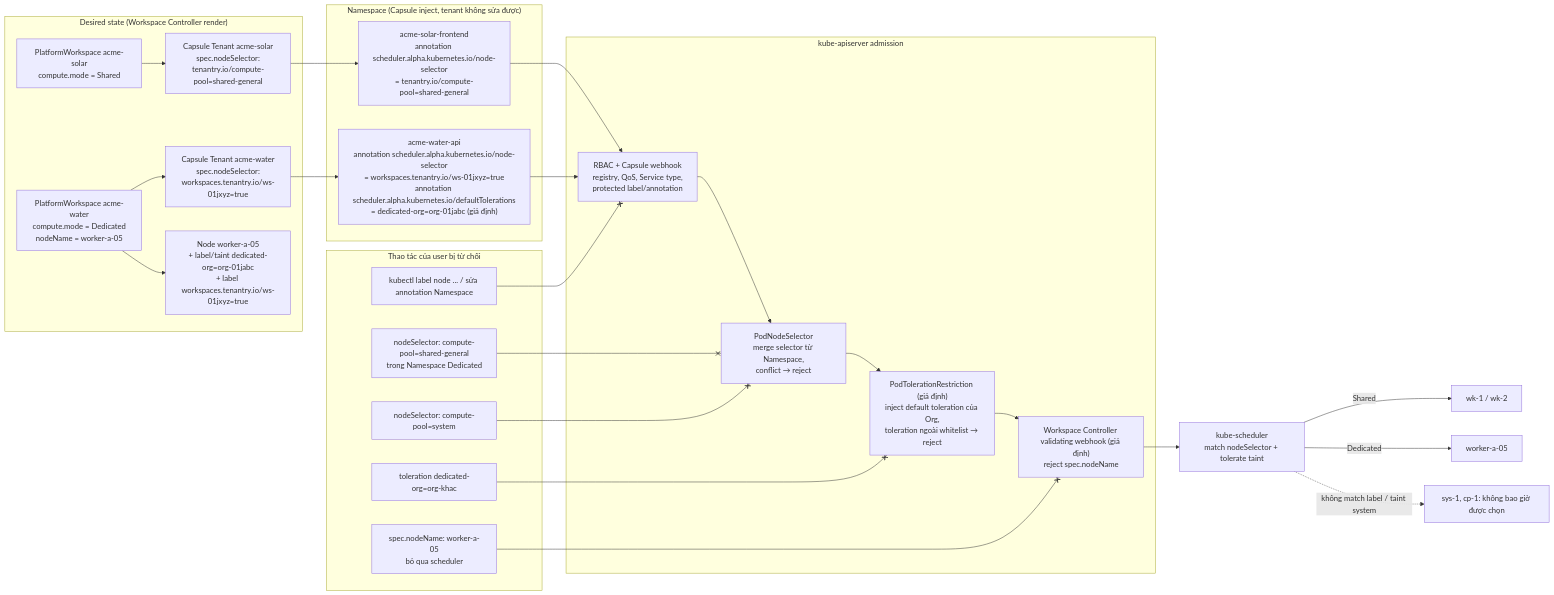
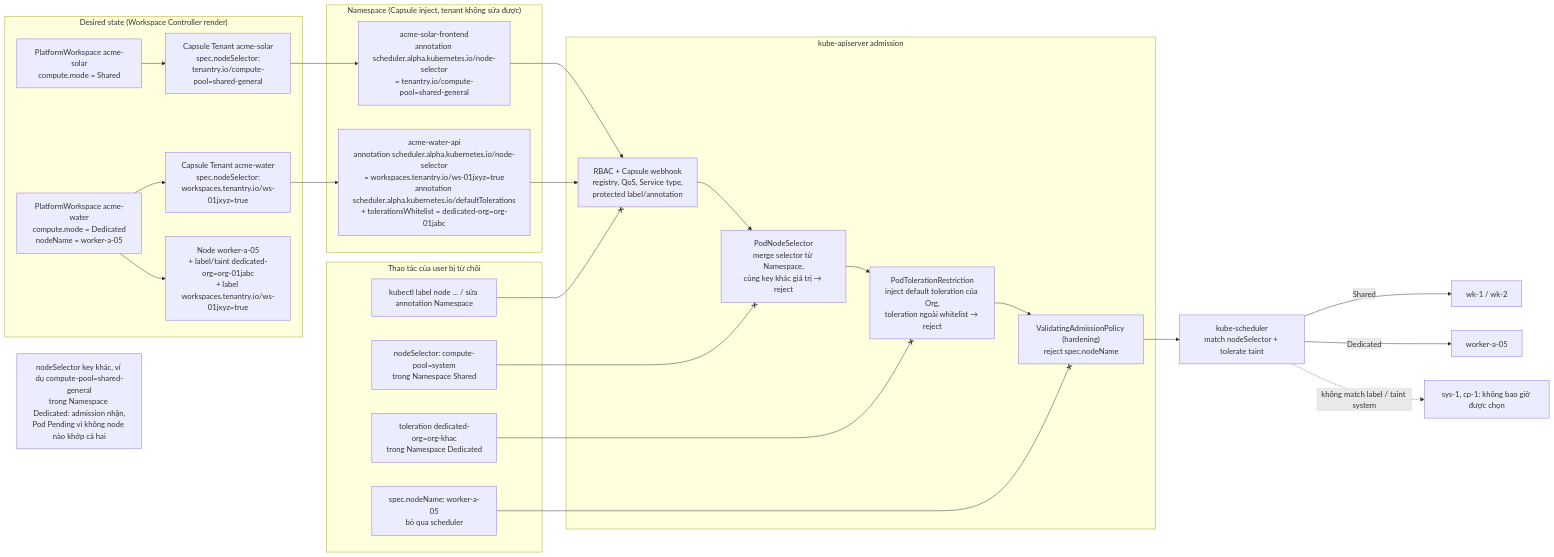
One commit to thaihoc1310/tenantry changed the second of 9 diagrams in docs/architecture/05-network-and-scheduling.md. Above: the diagram before and after it, drawn with Mermaid. The commit also changed other lines of this file and 14 other files, not shown here.

Commit message:
docs: full review of M0-M12 with org slugs without hyphens, one shared quota per Workspace, tenant RoleBinding and network admission policies, kube-proxy local detection by interface, in-app ownership transfer, missing endpoints, and demo numbers that fit the lab

````diff
--- a/docs/architecture/05-network-and-scheduling.md
+++ b/docs/architecture/05-network-and-scheduling.md
@@ -77,43 +93,43 @@
 ```mermaid
 flowchart LR
   subgraph DESIRED["Desired state (Workspace Controller render)"]
     CR["PlatformWorkspace acme-solar<br/>compute.mode = Shared"]
     CRD["PlatformWorkspace acme-water<br/>compute.mode = Dedicated<br/>nodeName = worker-a-05"]
     TS["Capsule Tenant acme-solar<br/>spec.nodeSelector:<br/>tenantry.io/compute-pool=shared-general"]
     TD["Capsule Tenant acme-water<br/>spec.nodeSelector:<br/>workspaces.tenantry.io/ws-01jxyz=true"]
     NL["Node worker-a-05<br/>+ label/taint dedicated-org=org-01jabc<br/>+ label workspaces.tenantry.io/ws-01jxyz=true"]
     CR --> TS
     CRD --> TD
     CRD --> NL
   end
 
   subgraph NS["Namespace (Capsule inject, tenant không sửa được)"]
     NSS["acme-solar-frontend<br/>annotation scheduler.alpha.kubernetes.io/node-selector<br/>= tenantry.io/compute-pool=shared-general"]
-    NSD["acme-water-api<br/>annotation scheduler.alpha.kubernetes.io/node-selector<br/>= workspaces.tenantry.io/ws-01jxyz=true<br/>annotation scheduler.alpha.kubernetes.io/defaultTolerations<br/>= dedicated-org=org-01jabc (giả định)"]
+    NSD["acme-water-api<br/>annotation scheduler.alpha.kubernetes.io/node-selector<br/>= workspaces.tenantry.io/ws-01jxyz=true<br/>annotation scheduler.alpha.kubernetes.io/defaultTolerations<br/>+ tolerationsWhitelist = dedicated-org=org-01jabc"]
     TS --> NSS
     TD --> NSD
   end
 
   subgraph ADM["kube-apiserver admission"]
     A1["RBAC + Capsule webhook<br/>registry, QoS, Service type,<br/>protected label/annotation"]
-    A2["PodNodeSelector<br/>merge selector từ Namespace,<br/>conflict → reject"]
-    A3["PodTolerationRestriction (giả định)<br/>inject default toleration của Org,<br/>toleration ngoài whitelist → reject"]
-    A4["Workspace Controller validating webhook (giả định)<br/>reject spec.nodeName"]
+    A2["PodNodeSelector<br/>merge selector từ Namespace,<br/>cùng key khác giá trị → reject"]
+    A3["PodTolerationRestriction<br/>inject default toleration của Org,<br/>toleration ngoài whitelist → reject"]
+    A4["ValidatingAdmissionPolicy (hardening)<br/>reject spec.nodeName"]
     A1 --> A2 --> A3 --> A4
   end
 
   NSS --> A1
   NSD --> A1
   A4 --> SCHED["kube-scheduler<br/>match nodeSelector + tolerate taint"]
   SCHED -->|"Shared"| WK["wk-1 / wk-2"]
   SCHED -->|"Dedicated"| WA["worker-a-05"]
   SCHED -.->|"không match label / taint system"| SYSN["sys-1, cp-1: không bao giờ được chọn"]
 
   subgraph REJ["Thao tác của user bị từ chối"]
     R1["spec.nodeName: worker-a-05<br/>bỏ qua scheduler"] --x A4
-    R2["nodeSelector: compute-pool=shared-general<br/>trong Namespace Dedicated"] --x A2
-    R3["toleration dedicated-org=org-khac"] --x A3
+    R3["toleration dedicated-org=org-khac<br/>trong Namespace Dedicated"] --x A3
     R4["kubectl label node ... / sửa annotation Namespace"] --x A1
-    R5["nodeSelector: compute-pool=system"] --x A2
+    R5["nodeSelector: compute-pool=system<br/>trong Namespace Shared"] --x A2
   end
+  R2["nodeSelector key khác, ví dụ compute-pool=shared-general<br/>trong Namespace Dedicated: admission nhận,<br/>Pod Pending vì không node nào khớp cả hai"]
 ```
````
